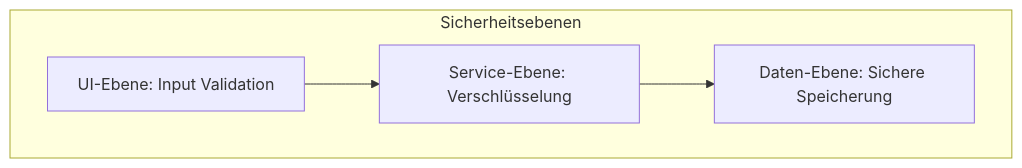
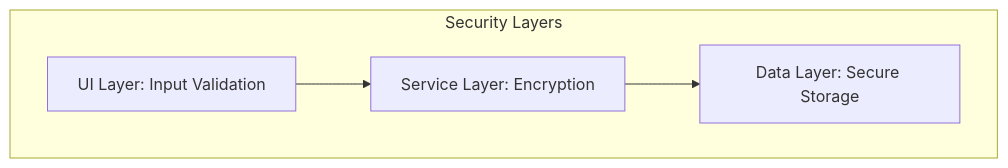
One commit to Nishanth619/PDF-_Gen changed the sixth of 6 diagrams in ARCHITECTURE.md. Above: the diagram before and after it, drawn with Mermaid. The commit also changed other lines of this file and 4 other files, not shown here.

````diff
--- a/ARCHITECTURE.md
+++ b/ARCHITECTURE.md
@@ -256,10 +256,10 @@
 ```mermaid
 flowchart TB
-    subgraph Sicherheitsebenen
-        L1[UI-Ebene: Input Validation]
-        L2[Service-Ebene: Verschlüsselung]
-        L3[Daten-Ebene: Sichere Speicherung]
+    subgraph Security Layers
+        L1[UI Layer: Input Validation]
+        L2[Service Layer: Encryption]
+        L3[Data Layer: Secure Storage]
     end
     
     L1 --> L2 --> L3
 ```
````
